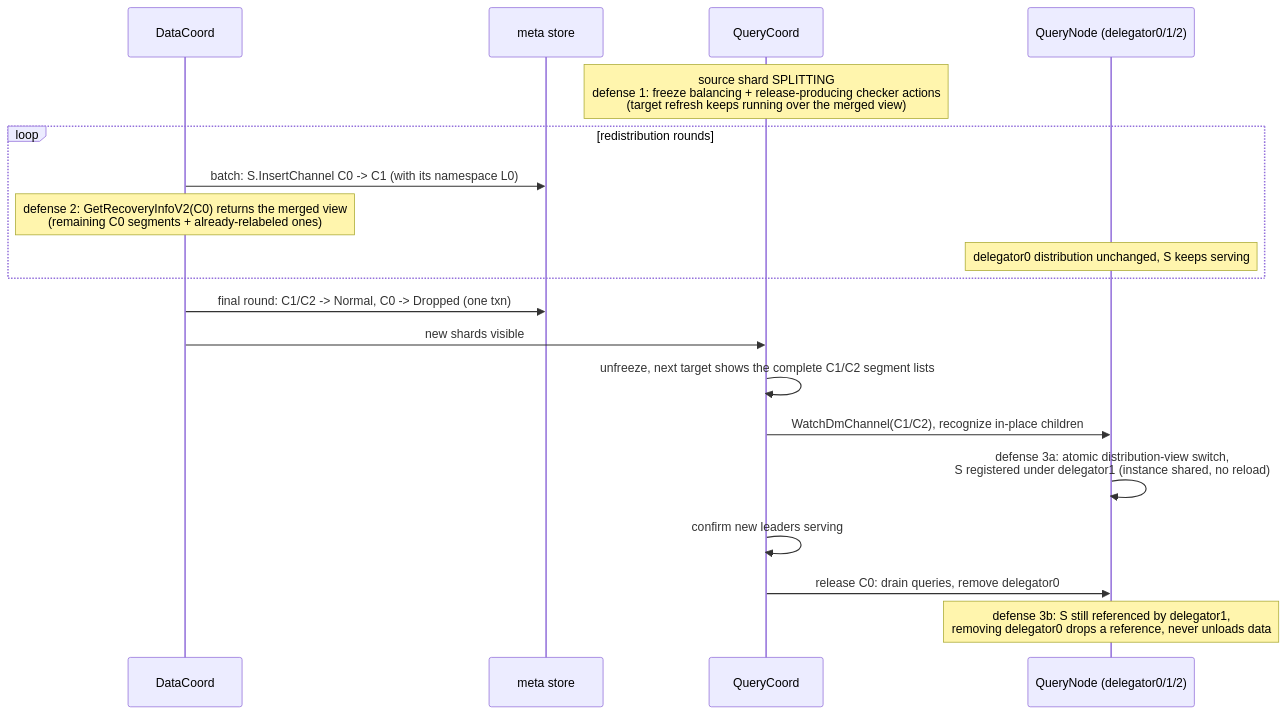
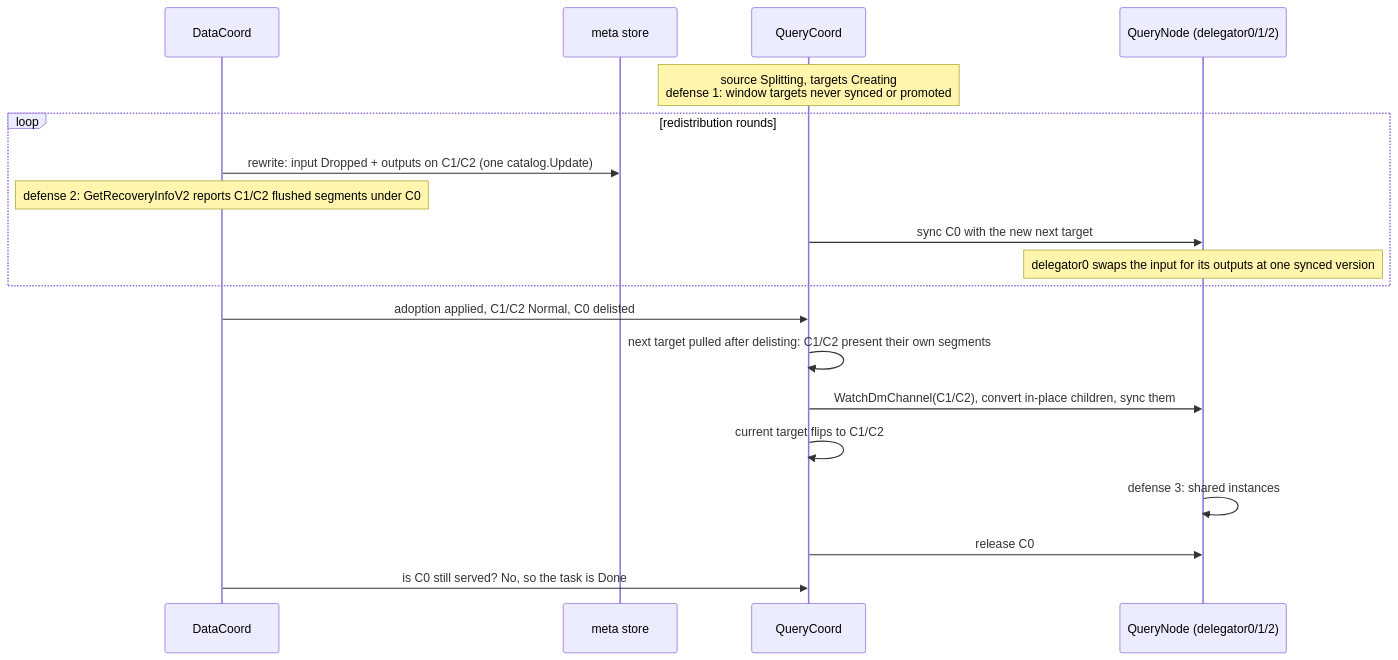
The fourth of 4 diagrams in docs/design-docs/design_docs/20260610-shard_split.md (milvus-io/milvus), drawn with Mermaid before and after one commit. The commit also changed other lines of this file, not shown here.

First line of the commit message:
doc: carry the shard split design doc's review-round-3 text onto the new base

````diff
--- a/docs/design-docs/design_docs/20260610-shard_split.md
+++ b/docs/design-docs/design_docs/20260610-shard_split.md
@@ -556,22 +1608,22 @@
 ```mermaid
 sequenceDiagram
     participant DC as DataCoord
     participant META as meta store
     participant QC as QueryCoord
     participant QN as QueryNode (delegator0/1/2)
 
-    Note over QC: source shard SPLITTING<br/>defense 1: freeze balancing + release-producing checker actions<br/>(target refresh keeps running over the merged view)
+    Note over QC: source Splitting, targets Creating<br/>defense 1: window targets never synced or promoted
     loop redistribution rounds
-        DC->>META: batch: S.InsertChannel C0 -> C1 (with its namespace L0)
-        Note over DC: defense 2: GetRecoveryInfoV2(C0) returns the merged view<br/>(remaining C0 segments + already-relabeled ones)
-        Note over QN: delegator0 distribution unchanged, S keeps serving
+        DC->>META: rewrite: input Dropped + outputs on C1/C2 (one catalog.Update)
+        Note over DC: defense 2: GetRecoveryInfoV2 reports C1/C2 flushed segments under C0
+        QC->>QN: sync C0 with the new next target
+        Note over QN: delegator0 swaps the input for its outputs at one synced version
     end
-    DC->>META: final round: C1/C2 -> Normal, C0 -> Dropped (one txn)
-    DC->>QC: new shards visible
-    QC->>QC: unfreeze, next target shows the complete C1/C2 segment lists
-    QC->>QN: WatchDmChannel(C1/C2), recognize in-place children
-    QN->>QN: defense 3a: atomic distribution-view switch,<br/>S registered under delegator1 (instance shared, no reload)
-    QC->>QC: confirm new leaders serving
-    QC->>QN: release C0: drain queries, remove delegator0
-    Note over QN: defense 3b: S still referenced by delegator1,<br/>removing delegator0 drops a reference, never unloads data
+    DC->>QC: adoption applied, C1/C2 Normal, C0 delisted
+    QC->>QC: next target pulled after delisting: C1/C2 present their own segments
+    QC->>QN: WatchDmChannel(C1/C2), convert in-place children, sync them
+    QC->>QC: current target flips to C1/C2
+    QN->>QN: defense 3: shared instances
+    QC->>QN: release C0
+    DC->>QC: is C0 still served? No, so the task is Done
 ```
````
